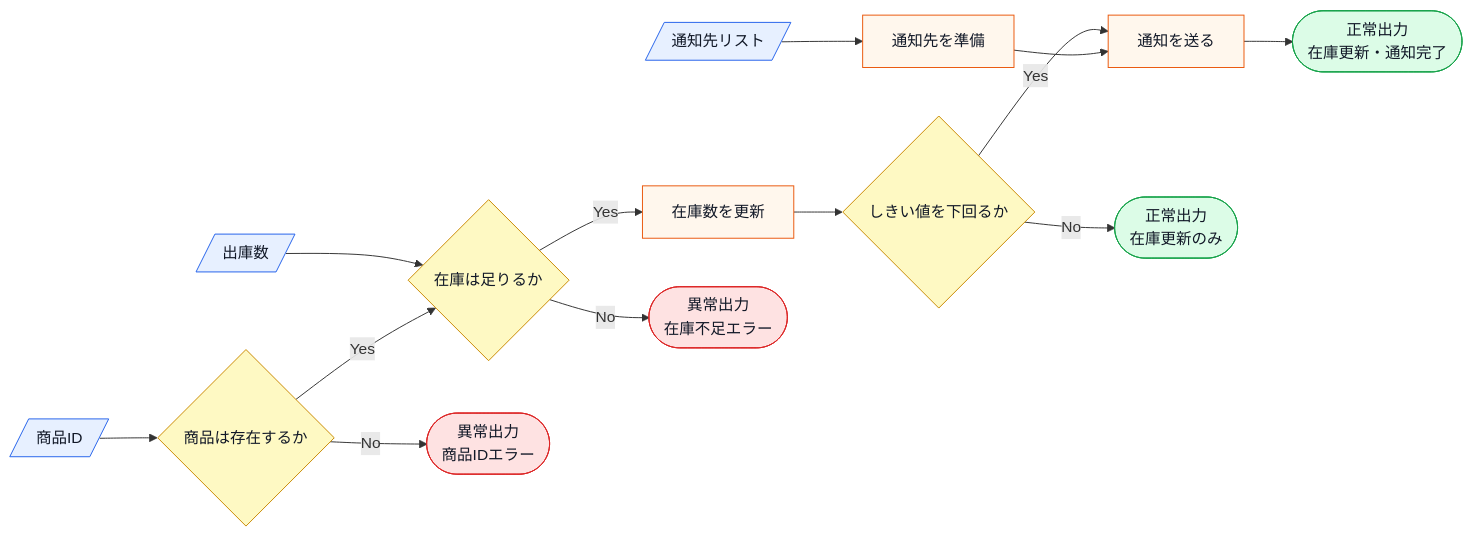
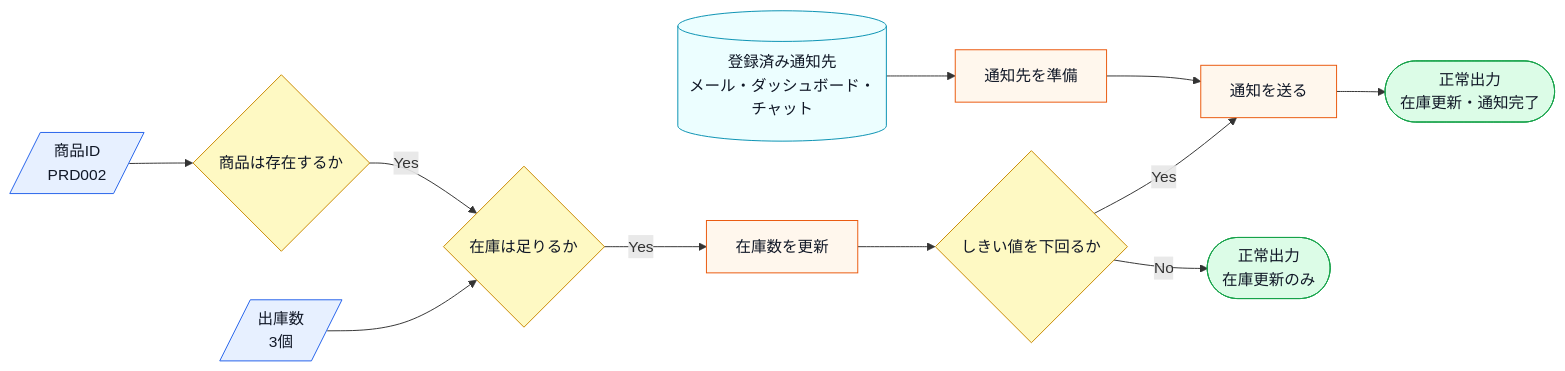
One commit to kumachan1101-pixel/DesignPattern changed the second of 8 diagrams in kindle/design-patterns/output/chapter07.md. Above: the diagram before and after it, drawn with Mermaid. The commit also changed other lines of this file and 11 other files, not shown here.

Commit message:
docs: 残タスクの仕様図と外部境界を全章反映

````diff
--- a/kindle/design-patterns/output/chapter07.md
+++ b/kindle/design-patterns/output/chapter07.md
@@ -45,21 +67,19 @@
 ```mermaid
 flowchart LR
-    A[/商品ID/]:::input --> B{商品は存在するか}:::decision
-    C[/出庫数/]:::input --> D{在庫は足りるか}:::decision
-    E[/通知先リスト/]:::input --> F[通知先を準備]:::process
+    A[/商品ID<br>PRD002/]:::input --> B{商品は存在するか}:::decision
+    C[/出庫数<br>3個/]:::input --> D{在庫は足りるか}:::decision
+    E[(登録済み通知先<br>メール・ダッシュボード・チャット)]:::data --> F[通知先を準備]:::process
     B -->|Yes| D
     D -->|Yes| G[在庫数を更新]:::process
     G --> H{しきい値を下回るか}:::decision
     H -->|Yes| I[通知を送る]:::process
     F --> I
     H -->|No| J([正常出力<br>在庫更新のみ]):::normal
     I --> K([正常出力<br>在庫更新・通知完了]):::normal
-    B -->|No| L([異常出力<br>商品IDエラー]):::error
-    D -->|No| M([異常出力<br>在庫不足エラー]):::error
 
+    classDef data fill:#ecfeff,stroke:#0891b2,color:#111827;
     classDef input fill:#e7f0ff,stroke:#2563eb,color:#111827;
     classDef process fill:#fff7ed,stroke:#ea580c,color:#111827;
     classDef decision fill:#fef9c3,stroke:#ca8a04,color:#111827;
     classDef normal fill:#dcfce7,stroke:#16a34a,color:#111827;
-    classDef error fill:#fee2e2,stroke:#dc2626,color:#111827;
 ```
````
